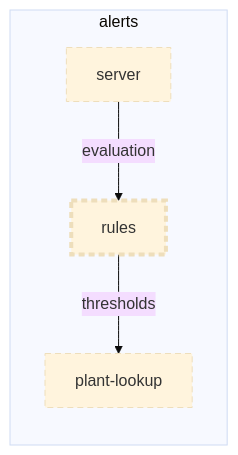
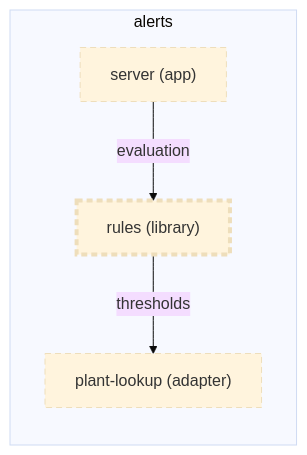
The diagram in examples/plantwatch/cloud/services/alerts/rules/docs/diagrams/context.md (wackazong/unifold), drawn with Mermaid (base theme) before and after one commit. The commit also changed other lines of this file and 339 other files, not shown here.

````diff
--- a/examples/plantwatch/cloud/services/alerts/rules/docs/diagrams/context.md
+++ b/examples/plantwatch/cloud/services/alerts/rules/docs/diagrams/context.md
@@ -8,16 +8,16 @@
 ```mermaid
 flowchart LR
   subgraph u_cloud__services__alerts["alerts"]
-    u_cloud__services__alerts__plant_dlookup["plant-lookup"]
-    u_cloud__services__alerts__rules["rules"]
-    u_cloud__services__alerts__server["server"]
+    u_cloud__services__alerts__plant_dlookup["plant-lookup (adapter)"]
+    u_cloud__services__alerts__rules["rules (library)"]
+    u_cloud__services__alerts__server["server (app)"]
   end
   u_cloud__services__alerts__server -->|"evaluation"| u_cloud__services__alerts__rules
   u_cloud__services__alerts__rules -->|"thresholds"| u_cloud__services__alerts__plant_dlookup
   classDef focus stroke-width:4px
   classDef planned stroke-dasharray:6 4
   classDef deprecated stroke-dasharray:2 2,opacity:0.6
   classDef plain stroke-dasharray:2 3
   class u_cloud__services__alerts__plant_dlookup,u_cloud__services__alerts__rules,u_cloud__services__alerts__server planned
   class u_cloud__services__alerts__rules focus
 ```
````
